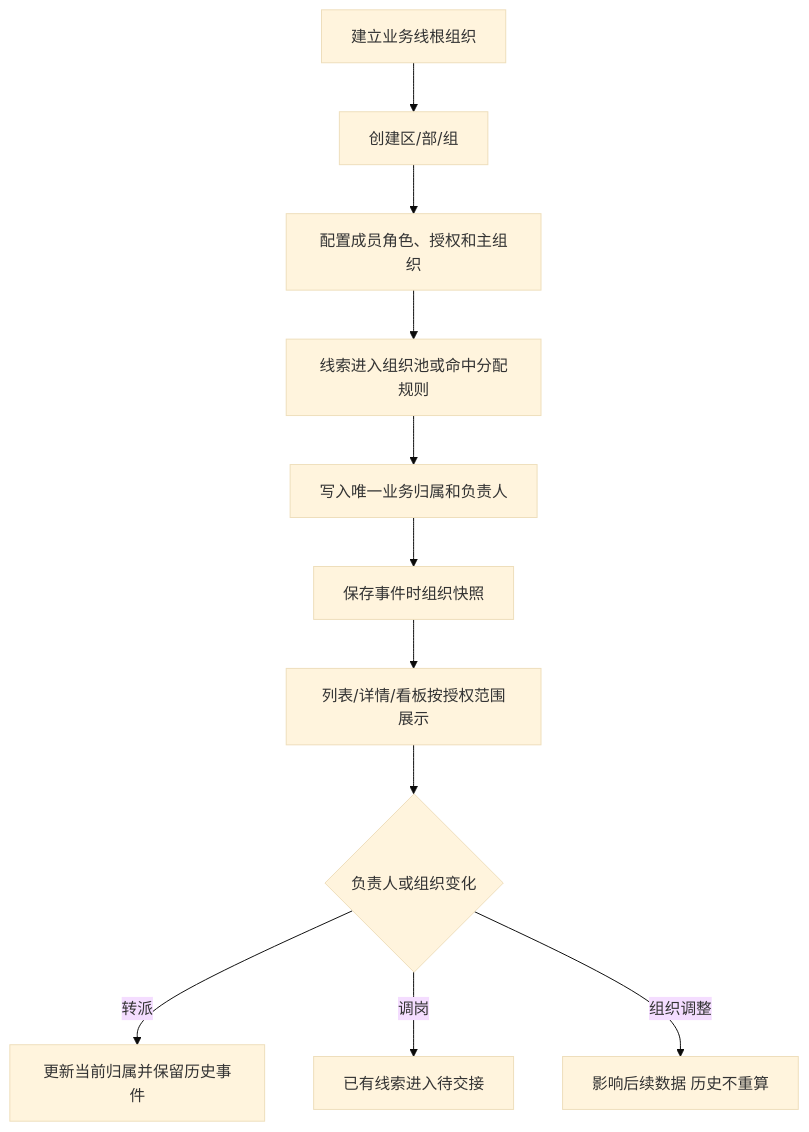
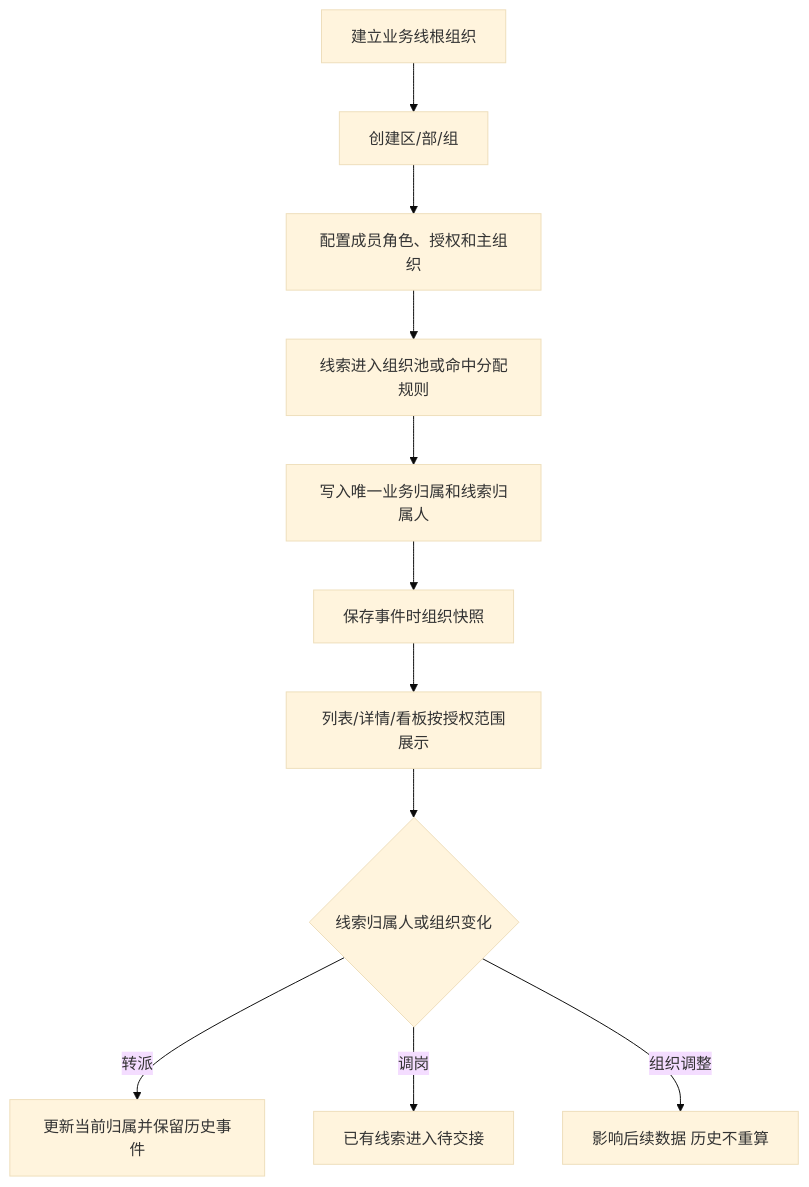
One commit to h3-ai-lab/hhhprd changed the diagram in projects/crm-org-data-permissions/prd/PRD.md. Above: the diagram before and after it, drawn with Mermaid (base theme). The commit also changed other lines of this file and 10 other files, not shown here.

````diff
--- a/projects/crm-org-data-permissions/prd/PRD.md
+++ b/projects/crm-org-data-permissions/prd/PRD.md
@@ -82,13 +83,13 @@
 ```mermaid
 flowchart TD
     A[建立业务线根组织] --> B[创建区/部/组]
     B --> C[配置成员角色、授权和主组织]
     C --> D[线索进入组织池或命中分配规则]
-    D --> E[写入唯一业务归属和负责人]
+    D --> E[写入唯一业务归属和线索归属人]
     E --> F[保存事件时组织快照]
     F --> G[列表/详情/看板按授权范围展示]
-    G --> H{负责人或组织变化}
+    G --> H{线索归属人或组织变化}
     H -->|转派| I[更新当前归属并保留历史事件]
     H -->|调岗| J[已有线索进入待交接]
     H -->|组织调整| K[影响后续数据 历史不重算]
 ```
````
